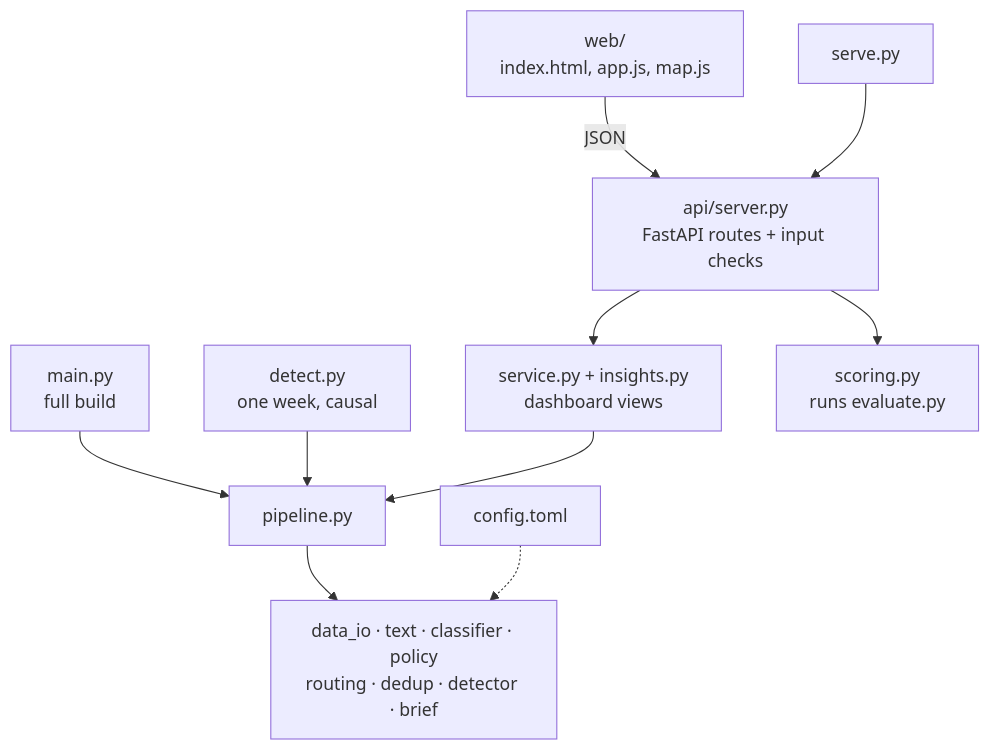
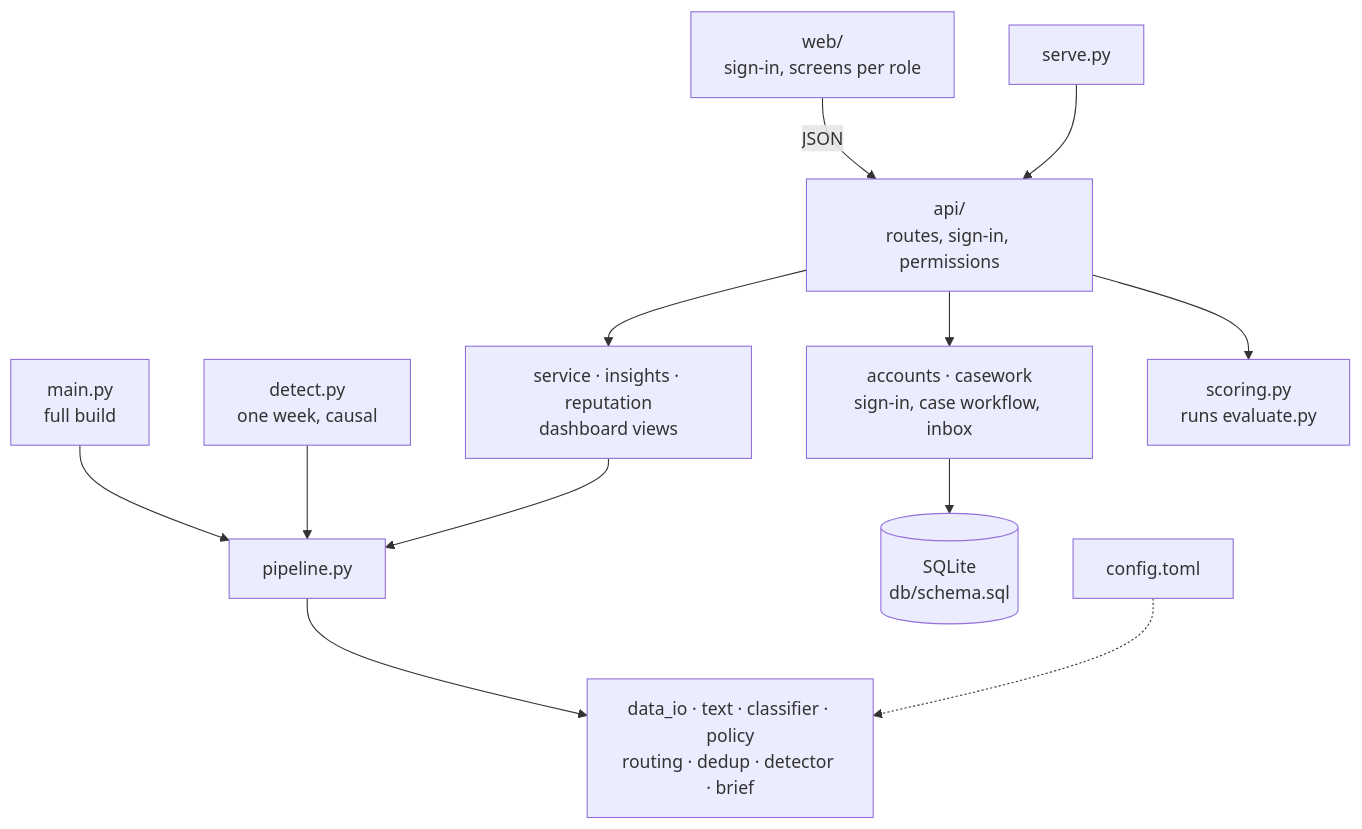
One commit to Varshith07827/SignalOps changed the second of 4 diagrams in README.md. Above: the diagram before and after it, drawn with Mermaid. The commit also changed other lines of this file and 45 other files, not shown here.

First line of the commit message:
Add role-based sign-in, store board, case workflow and a redesigned app

````diff
--- a/README.md
+++ b/README.md
@@ -122,12 +137,14 @@
 ```mermaid
 flowchart TB
     main["main.py<br/>full build"] --> pipe["pipeline.py"]
     detect["detect.py<br/>one week, causal"] --> pipe
-    web["web/<br/>index.html, app.js, map.js"] -- JSON --> api["api/server.py<br/>FastAPI routes + input checks"]
+    web["web/<br/>sign-in, screens per role"] -- JSON --> api["api/<br/>routes, sign-in, permissions"]
     serve["serve.py"] --> api
-    api --> svc["service.py + insights.py<br/>dashboard views"]
+    api --> svc["service · insights · reputation<br/>dashboard views"]
+    api --> work["accounts · casework<br/>sign-in, case workflow, inbox"]
     api --> scoring["scoring.py<br/>runs evaluate.py"]
+    work --> db[("SQLite<br/>db/schema.sql")]
     svc --> pipe
     pipe --> core["data_io · text · classifier · policy<br/>routing · dedup · detector · brief"]
     config["config.toml"] -.-> core
 ```
````
